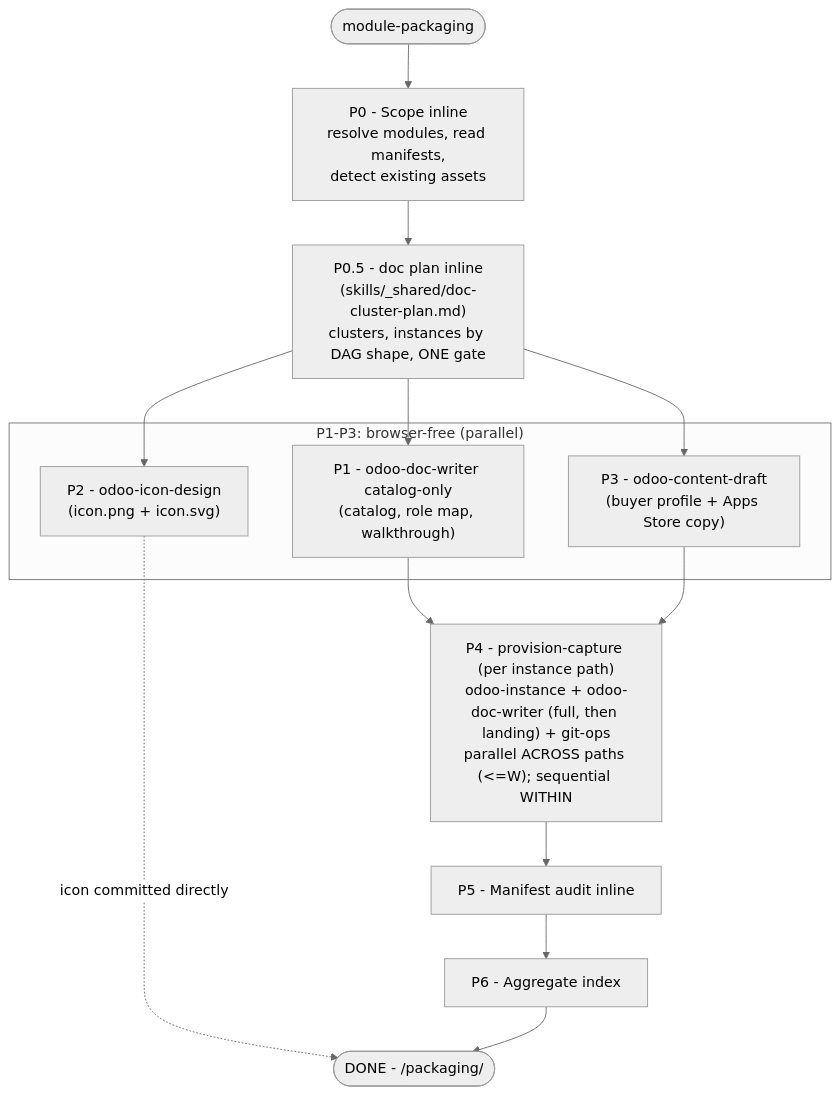
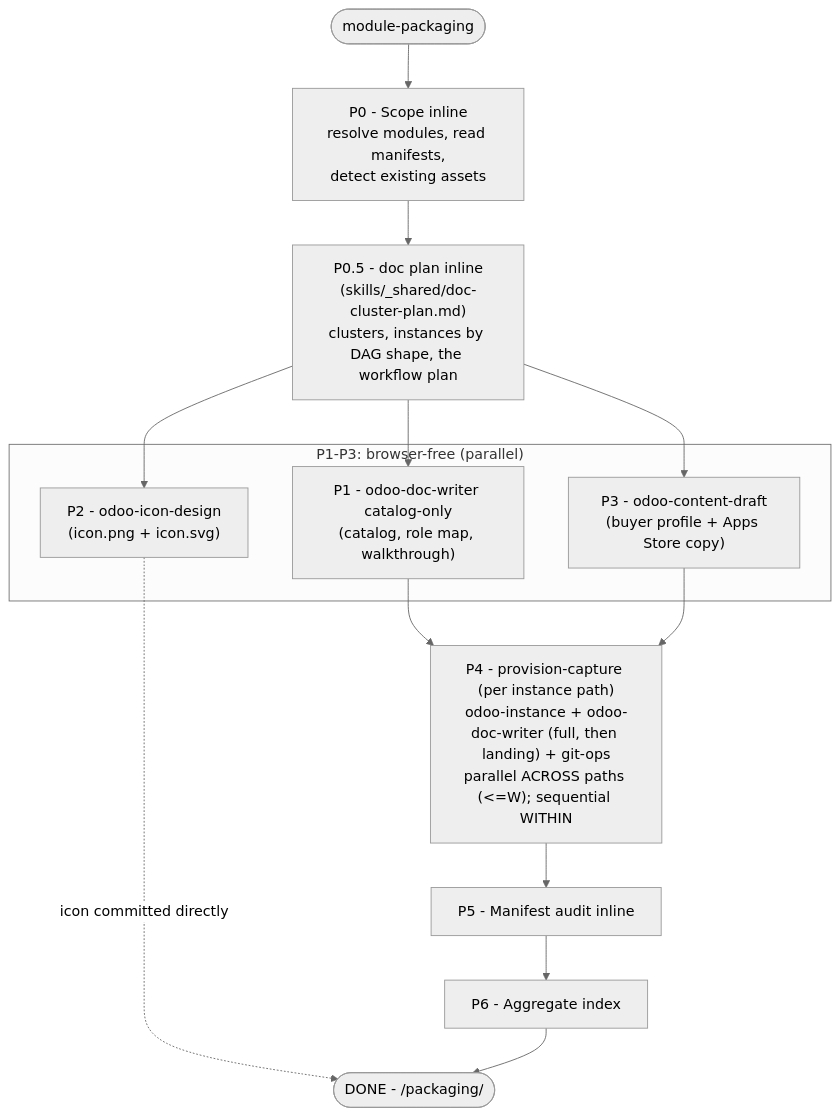
Before and after one commit to Viindoo/odoo-mcp-client: the eighth of 9 diagrams in plugins/odoo-ai-agents/README.md, drawn with Mermaid (neutral theme). The commit also changed other lines of this file and 64 other files, not shown here.

````diff
--- a/plugins/odoo-ai-agents/README.md
+++ b/plugins/odoo-ai-agents/README.md
@@ -598,23 +601,23 @@
 ```mermaid
 flowchart TD
     PKG_START(["module-packaging"])
     PKG_START --> PKG_P0["P0 - Scope inline<br/>resolve modules, read manifests,<br/>detect existing assets"]
-    PKG_P0 --> PKG_P05["P0.5 - doc plan inline<br/>(skills/_shared/doc-cluster-plan.md)<br/>clusters, instances by DAG shape, ONE gate"]
+    PKG_P0 --> PKG_P05["P0.5 - doc plan inline<br/>(skills/_shared/doc-cluster-plan.md)<br/>clusters, instances by DAG shape, the workflow plan"]
 
     subgraph PKG_FANOUT["P1-P3: browser-free (parallel)"]
         PKG_P1["P1 - odoo-doc-writer catalog-only<br/>(catalog, role map, walkthrough)"]
         PKG_P3["P2 - odoo-icon-design<br/>(icon.png + icon.svg)"]
         PKG_P4["P3 - odoo-content-draft<br/>(buyer profile + Apps Store copy)"]
     end
 
     PKG_P05 --> PKG_P1
     PKG_P05 --> PKG_P3
     PKG_P05 --> PKG_P4
 
     PKG_P1 --> PKG_P5["P4 - provision-capture (per instance path)<br/>odoo-instance + odoo-doc-writer (full, then landing) + git-ops<br/>parallel ACROSS paths (<=W); sequential WITHIN"]
     PKG_P4 --> PKG_P5
     PKG_P3 -. "icon committed directly" .-> PKG_DONE
     PKG_P5 --> PKG_P6["P5 - Manifest audit inline"]
     PKG_P6 --> PKG_P7["P6 - Aggregate index"]
     PKG_P7 --> PKG_DONE(["DONE - <ISOLATE_DIR>/packaging/"])
 ```
````
